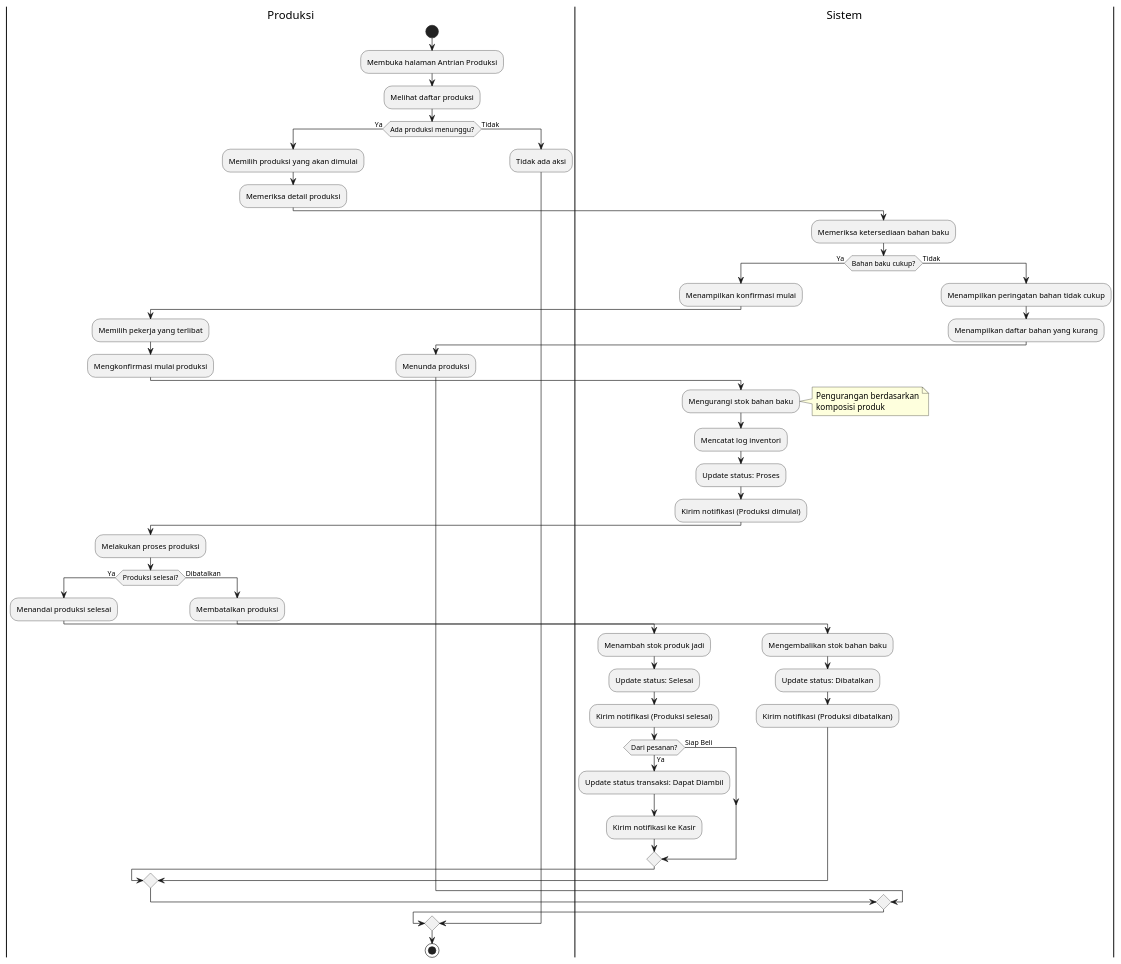
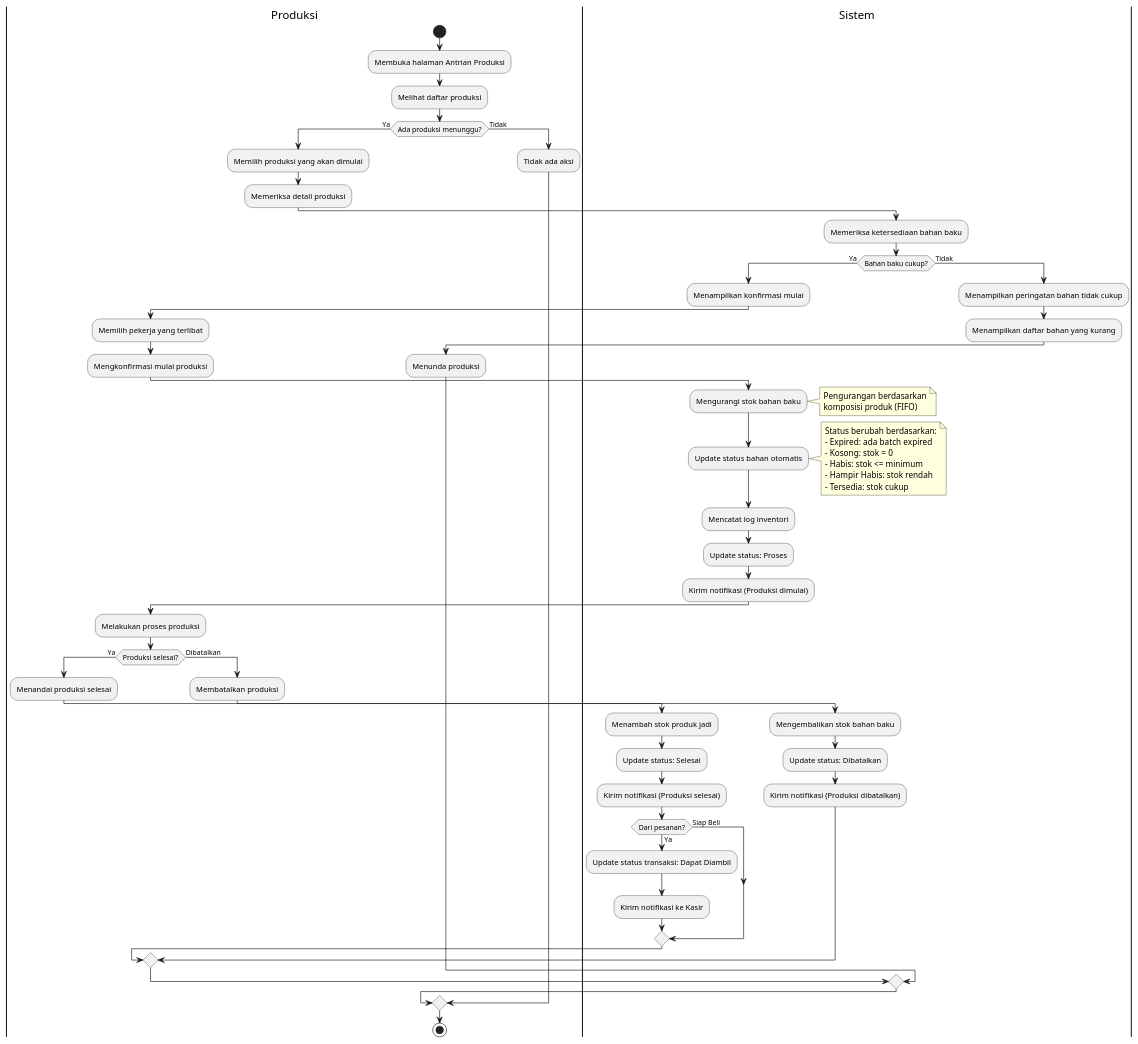
One commit to pawon3d/pawon3d changed the diagram in docs/diagrams/puml/02_activity_produksi.puml. Above: the diagram before and after it, drawn with PlantUML. The commit also changed 15 other files, not shown here.

```diff
--- a/docs/diagrams/puml/02_activity_produksi.puml
+++ b/docs/diagrams/puml/02_activity_produksi.puml
@@ -1,74 +1,83 @@
 @startuml Activity Diagram - Proses Produksi
 
 |Produksi|
 start
 :Membuka halaman Antrian Produksi;
 :Melihat daftar produksi;
 
 if (Ada produksi menunggu?) then (Ya)
     :Memilih produksi yang akan dimulai;
     :Memeriksa detail produksi;
     
     |Sistem|
     :Memeriksa ketersediaan bahan baku;
     
     if (Bahan baku cukup?) then (Ya)
         :Menampilkan konfirmasi mulai;
         
         |Produksi|
         :Memilih pekerja yang terlibat;
         :Mengkonfirmasi mulai produksi;
         
         |Sistem|
         :Mengurangi stok bahan baku;
         note right
           Pengurangan berdasarkan
-          komposisi produk
+          komposisi produk (FIFO)
+        end note
+        :Update status bahan otomatis;
+        note right
+          Status berubah berdasarkan:
+          - Expired: ada batch expired
+          - Kosong: stok = 0
+          - Habis: stok <= minimum
+          - Hampir Habis: stok rendah
+          - Tersedia: stok cukup
         end note
         :Mencatat log inventori;
         :Update status: Proses;
         :Kirim notifikasi (Produksi dimulai);
         
         |Produksi|
         :Melakukan proses produksi;
         
         if (Produksi selesai?) then (Ya)
             :Menandai produksi selesai;
             
             |Sistem|
             :Menambah stok produk jadi;
             :Update status: Selesai;
             :Kirim notifikasi (Produksi selesai);
             
             if (Dari pesanan?) then (Ya)
                 :Update status transaksi: Dapat Diambil;
                 :Kirim notifikasi ke Kasir;
             else (Siap Beli)
             endif
             
         else (Dibatalkan)
             |Produksi|
             :Membatalkan produksi;
             
             |Sistem|
             :Mengembalikan stok bahan baku;
             :Update status: Dibatalkan;
             :Kirim notifikasi (Produksi dibatalkan);
         endif
         
     else (Tidak)
         |Sistem|
         :Menampilkan peringatan bahan tidak cukup;
         :Menampilkan daftar bahan yang kurang;
         
         |Produksi|
         :Menunda produksi;
     endif
     
 else (Tidak)
     :Tidak ada aksi;
 endif
 
 stop
 
 @enduml
```
